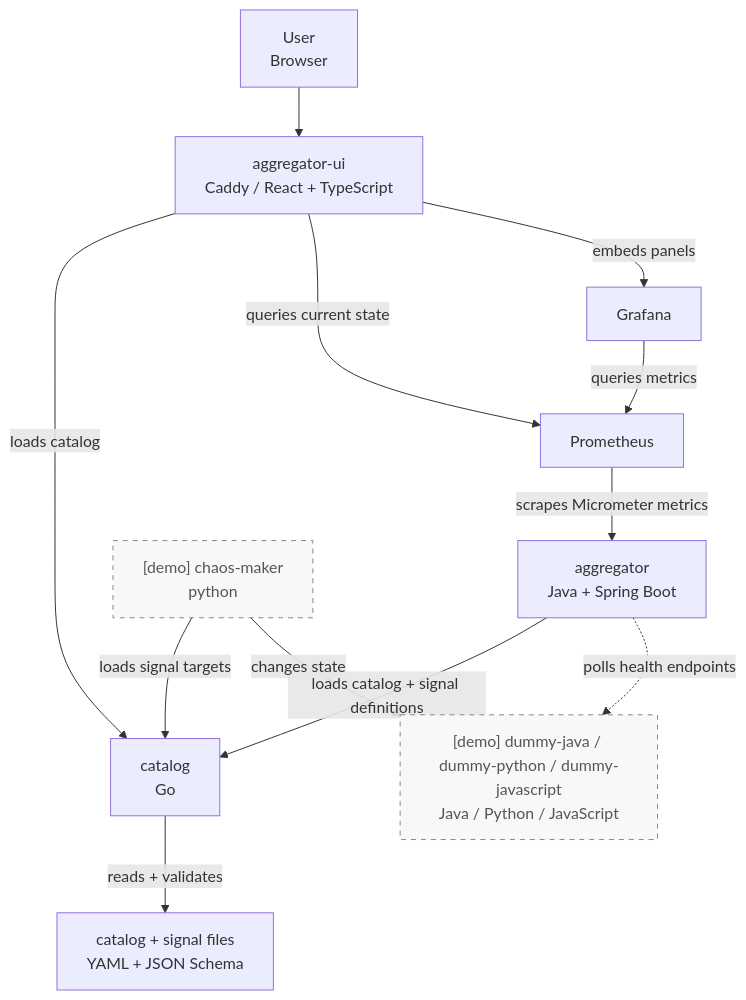
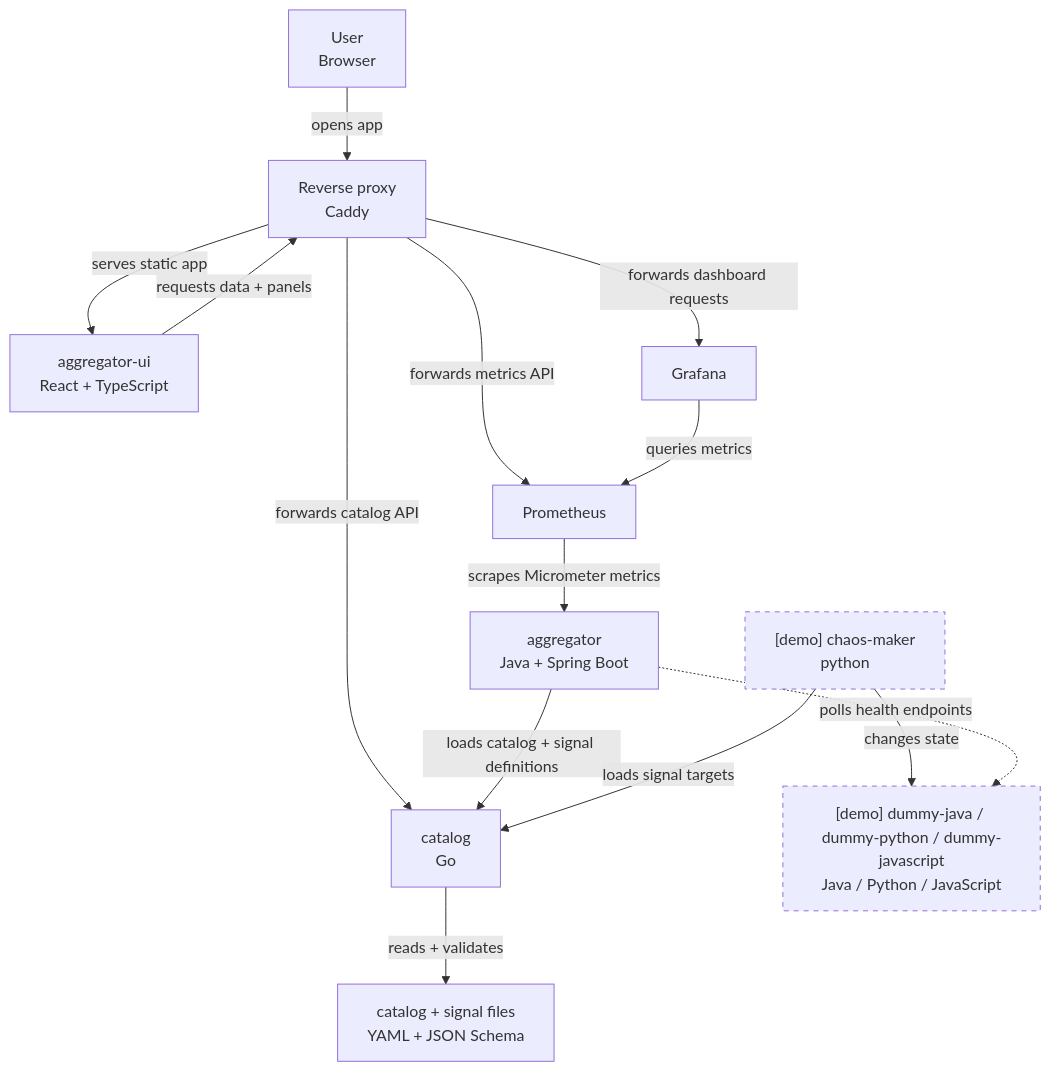
One commit to aleksei-sapozhnikov/aggregator changed the diagram in README.md. Above: the diagram before and after it, drawn with Mermaid. The commit also changed other lines of this file, not shown here.

Commit message:
Clarify README architecture diagram

````diff
--- a/README.md
+++ b/README.md
@@ -16,21 +16,23 @@
 ```mermaid
 flowchart TB
-  browser["User<br>Browser"] --> ui["aggregator-ui<br>Caddy / React + TypeScript"]
+  browser["User<br>Browser"] -->|opens app| proxy["Reverse proxy<br>Caddy"]
+  proxy -->|serves static app| ui["aggregator-ui<br>React + TypeScript"]
 
-  ui -->|loads catalog| catalog["catalog<br>Go"]
-  ui -->|queries current state| prometheus["Prometheus"]
-  ui -->|embeds panels| grafana["Grafana"]
+  ui -->|requests data + panels| proxy
+  proxy -->|forwards catalog API| catalog["catalog<br>Go"]
+  proxy -->|forwards metrics API| prometheus["Prometheus"]
+  proxy -->|forwards dashboard requests| grafana["Grafana"]
 
   grafana -->|queries metrics| prometheus
   prometheus -->|scrapes Micrometer metrics| aggregator["aggregator<br>Java + Spring Boot"]
 
   aggregator -->|loads catalog + signal definitions| catalog
   catalog -->|reads + validates| catalogFiles["catalog + signal files<br>YAML + JSON Schema"]
 
   chaos["[demo] chaos-maker<br>python"] -->|loads signal targets| catalog
   chaos -->|changes state| demoServices["[demo] dummy-java / dummy-python / dummy-javascript<br>Java / Python / JavaScript"]
-  aggregator -. polls health endpoints .-> demoServices
+  aggregator -.->|polls health endpoints| demoServices
 
-  classDef optional fill:#f8f8f8,stroke:#888,stroke-dasharray: 5 5,color:#555
+  classDef optional stroke-dasharray: 5 5
   class chaos,demoServices optional
 ```
````
